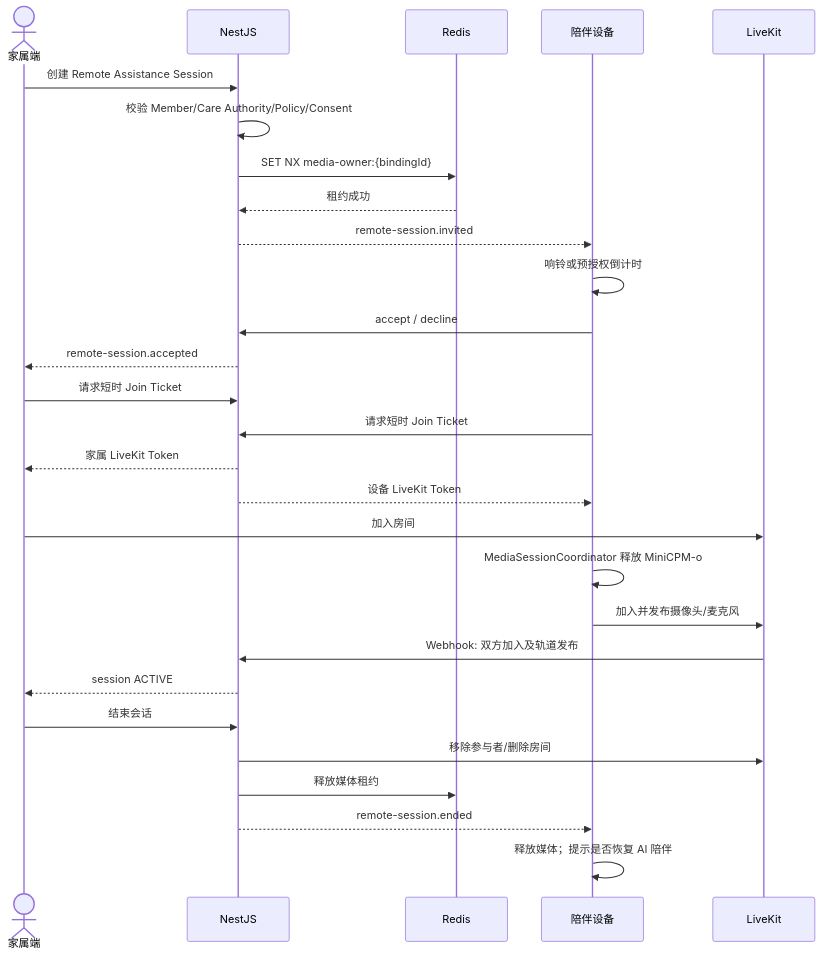
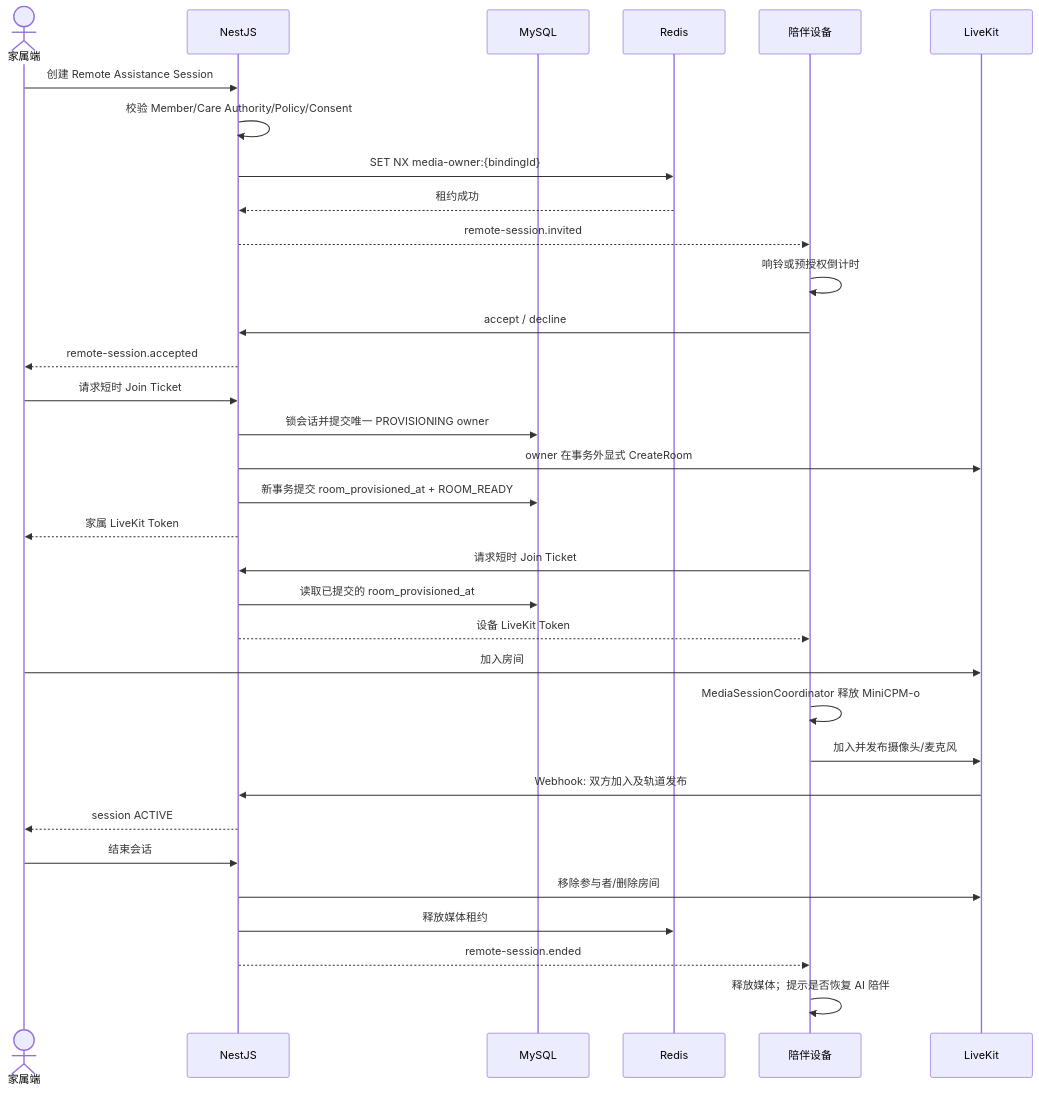
The diagram in docs/refactor/diagrams/remote-assistance-sequence.mmd (SunJianBai/memory-lighthouse), drawn with Mermaid before and after one commit. The commit also changed other lines of this file and 214 other files, not shown here.

```diff
--- a/docs/refactor/diagrams/remote-assistance-sequence.mmd
+++ b/docs/refactor/diagrams/remote-assistance-sequence.mmd
@@ -1,29 +1,34 @@
 sequenceDiagram
   actor Family as 家属端
   participant API as NestJS
+  participant MySQL
   participant Redis
   participant Device as 陪伴设备
   participant LiveKit
 
   Family->>API: 创建 Remote Assistance Session
   API->>API: 校验 Member/Care Authority/Policy/Consent
   API->>Redis: SET NX media-owner:{bindingId}
   Redis-->>API: 租约成功
   API-->>Device: remote-session.invited
   Device->>Device: 响铃或预授权倒计时
   Device->>API: accept / decline
   API-->>Family: remote-session.accepted
   Family->>API: 请求短时 Join Ticket
+  API->>MySQL: 锁会话并提交唯一 PROVISIONING owner
+  API->>LiveKit: owner 在事务外显式 CreateRoom
+  API->>MySQL: 新事务提交 room_provisioned_at + ROOM_READY
+  API-->>Family: 家属 LiveKit Token
   Device->>API: 请求短时 Join Ticket
-  API-->>Family: 家属 LiveKit Token
+  API->>MySQL: 读取已提交的 room_provisioned_at
   API-->>Device: 设备 LiveKit Token
   Family->>LiveKit: 加入房间
   Device->>Device: MediaSessionCoordinator 释放 MiniCPM-o
   Device->>LiveKit: 加入并发布摄像头/麦克风
   LiveKit->>API: Webhook: 双方加入及轨道发布
   API-->>Family: session ACTIVE
   Family->>API: 结束会话
   API->>LiveKit: 移除参与者/删除房间
   API->>Redis: 释放媒体租约
   API-->>Device: remote-session.ended
   Device->>Device: 释放媒体；提示是否恢复 AI 陪伴
```
